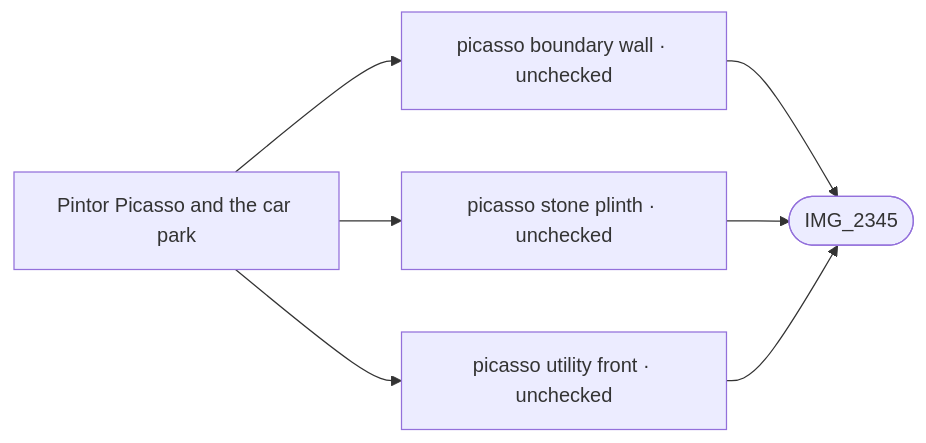
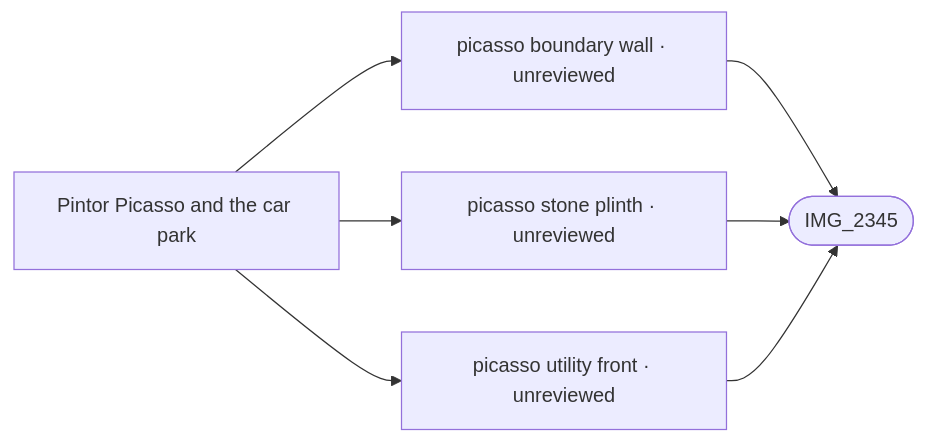
Before and after one commit to daveyboyc/villacana-venture: the diagram in refs/areas/picasso.md, drawn with Mermaid. The commit also changed other lines of this file and 45 other files, not shown here.

Commit message:
Require measured independent evidence for graph placement approval

````diff
--- a/refs/areas/picasso.md
+++ b/refs/areas/picasso.md
@@ -27,10 +27,10 @@
 ```mermaid
 graph LR
   A["Pintor Picasso and the car park"]
-  A --> F0["picasso boundary wall · unchecked"]
+  A --> F0["picasso boundary wall · unreviewed"]
   F0 --> PIMG_2345_jpg(["IMG_2345"])
-  A --> F1["picasso stone plinth · unchecked"]
+  A --> F1["picasso stone plinth · unreviewed"]
   F1 --> PIMG_2345_jpg(["IMG_2345"])
-  A --> F2["picasso utility front · unchecked"]
+  A --> F2["picasso utility front · unreviewed"]
   F2 --> PIMG_2345_jpg(["IMG_2345"])
 ```
````
